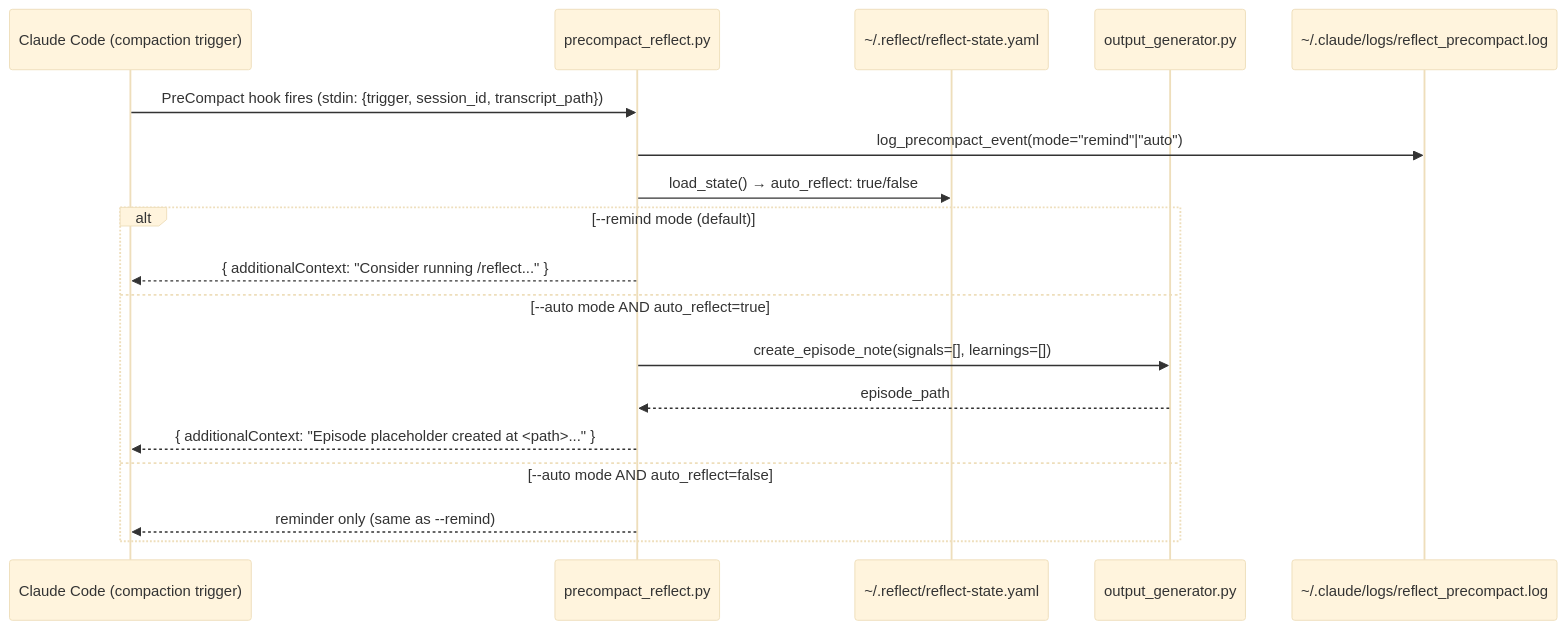
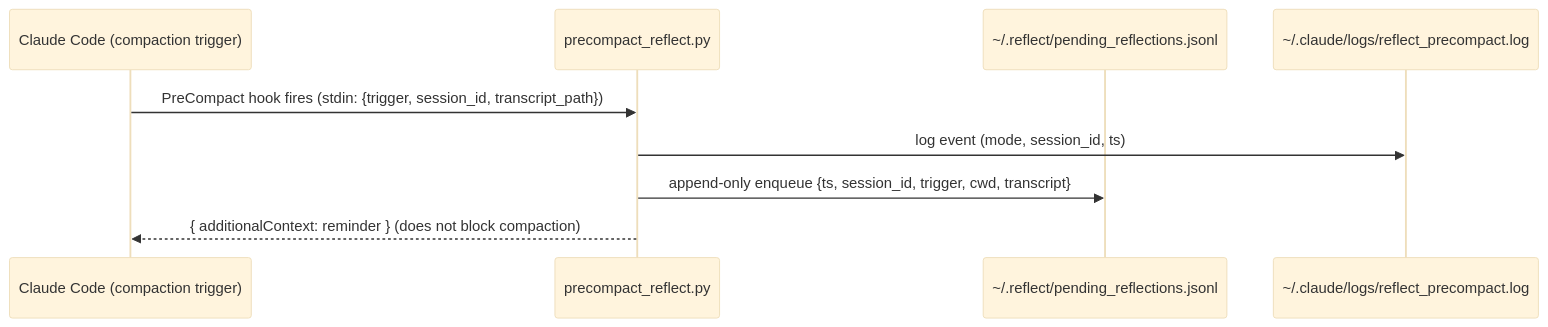
One commit to stevengonsalvez/ainb-toolkit changed the fifth of 6 diagrams in packages/plugins/reflect/docs/architecture.md. Above: the diagram before and after it, drawn with Mermaid (base theme). The commit also changed other lines of this file, not shown here.

First line of the commit message:
docs(reflect): document closed-loop auto-drain (replaces stale dashboard section)

````diff
--- a/packages/plugins/reflect/docs/architecture.md
+++ b/packages/plugins/reflect/docs/architecture.md
@@ -392,21 +392,12 @@
 ```mermaid
 sequenceDiagram
     participant CC as Claude Code (compaction trigger)
     participant PC as precompact_reflect.py
-    participant ST as ~/.reflect/reflect-state.yaml
-    participant OG as output_generator.py
+    participant Q as ~/.reflect/pending_reflections.jsonl
     participant LOG as ~/.claude/logs/reflect_precompact.log
 
     CC->>PC: PreCompact hook fires (stdin: {trigger, session_id, transcript_path})
-    PC->>LOG: log_precompact_event(mode="remind"|"auto")
-    PC->>ST: load_state() → auto_reflect: true/false
-    alt --remind mode (default)
-        PC-->>CC: { additionalContext: "Consider running /reflect..." }
-    else --auto mode AND auto_reflect=true
-        PC->>OG: create_episode_note(signals=[], learnings=[])
-        OG-->>PC: episode_path
-        PC-->>CC: { additionalContext: "Episode placeholder created at <path>..." }
-    else --auto mode AND auto_reflect=false
-        PC-->>CC: reminder only (same as --remind)
-    end
+    PC->>LOG: log event (mode, session_id, ts)
+    PC->>Q: append-only enqueue {ts, session_id, trigger, cwd, transcript}
+    PC-->>CC: { additionalContext: reminder } (does not block compaction)
 ```
````
